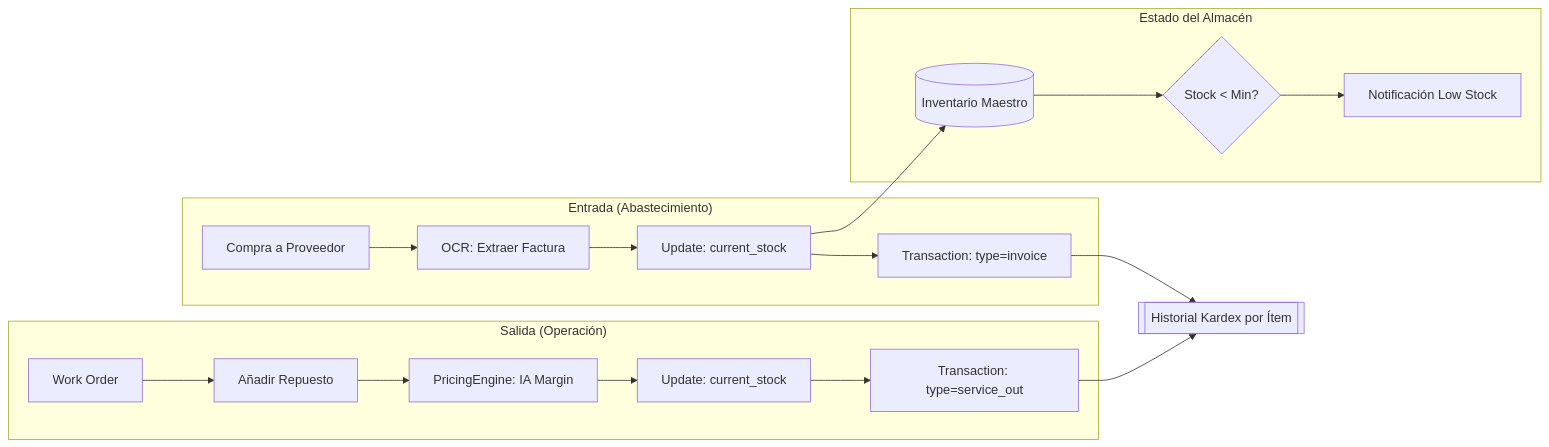
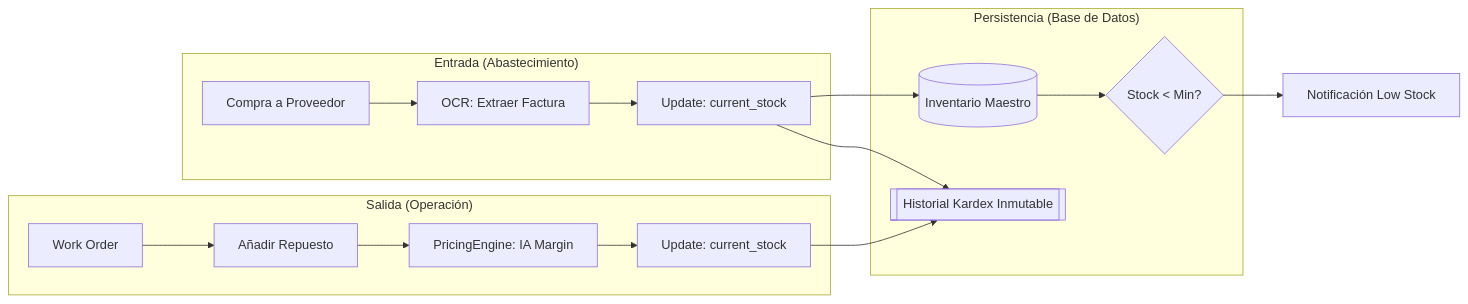
The third of 4 diagrams in README.md (brandonjimenez21/efiscoArchitecture), drawn with Mermaid before and after one commit. The commit also changed other lines of this file, not shown here.

First line of the commit message:
Revise styles and flow diagrams in README.md

````diff
--- a/README.md
+++ b/README.md
@@ -122,23 +131,22 @@
 ```mermaid
 graph LR
     subgraph "Entrada (Abastecimiento)"
         Purchase[Compra a Proveedor] --> OCR_P[OCR: Extraer Factura]
         OCR_P --> Inv_Up[Update: current_stock]
-        Inv_Up --> Tx_In[Transaction: type=invoice]
     end
 
-    subgraph "Estado del Almacén"
+    subgraph "Persistencia (Base de Datos)"
         Inv_Up --> Master[(Inventario Maestro)]
+        Inv_Up --> Kardex[[Historial Kardex Inmutable]]
         Master --> Alerts{Stock < Min?}
-        Alerts --> Dashboard[Notificación Low Stock]
     end
 
     subgraph "Salida (Operación)"
         WO[Work Order] --> Add_Item[Añadir Repuesto]
         Add_Item --> Pricing[PricingEngine: IA Margin]
         Pricing --> Inv_Down[Update: current_stock]
-        Inv_Down --> Tx_Out[Transaction: type=service_out]
+        Inv_Down --> Kardex
     end
 
-    Tx_In & Tx_Out --> Kardex[[Historial Kardex por Ítem]]
+    Alerts --> Dashboard[Notificación Low Stock]
 ```
````
